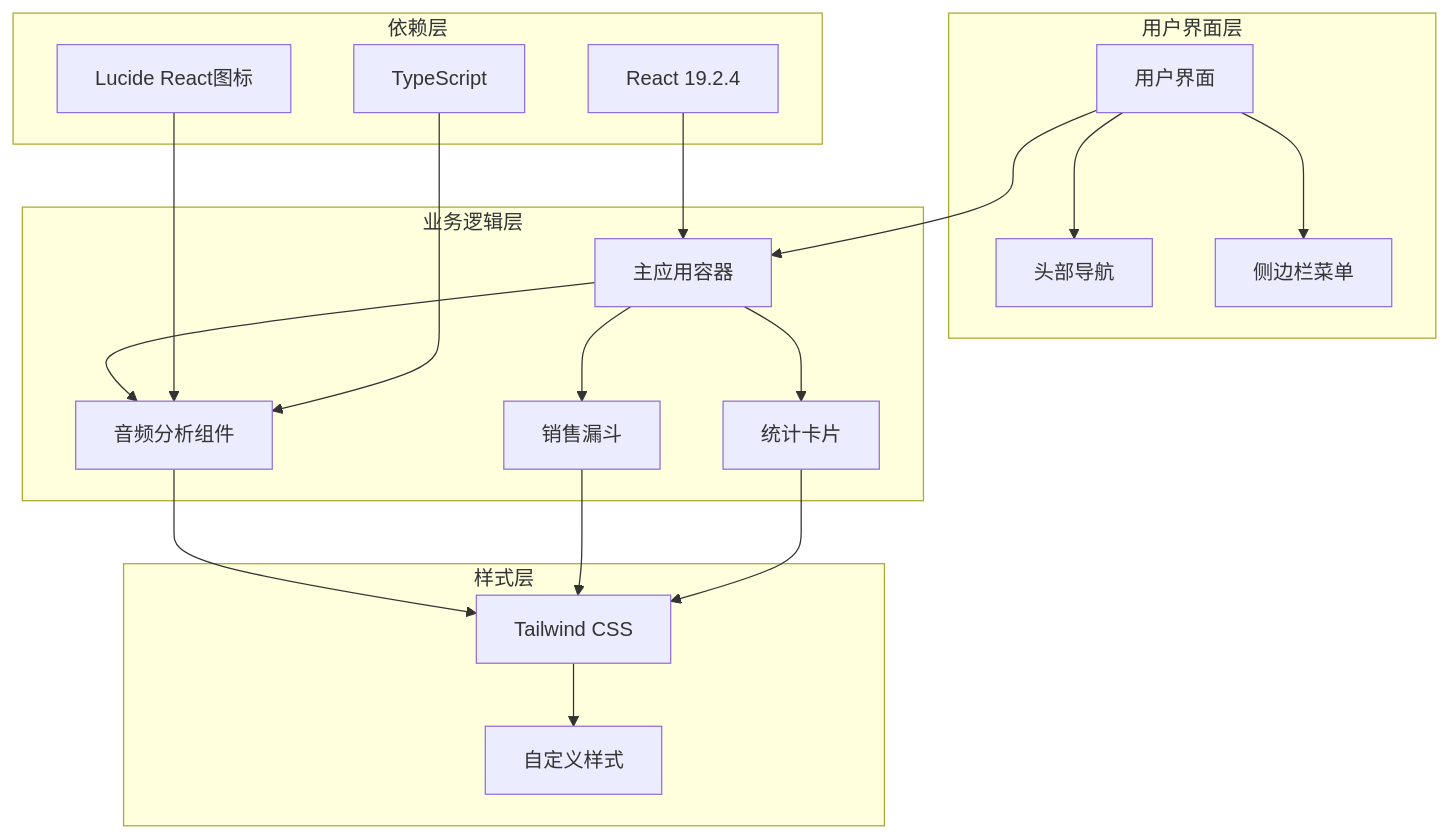
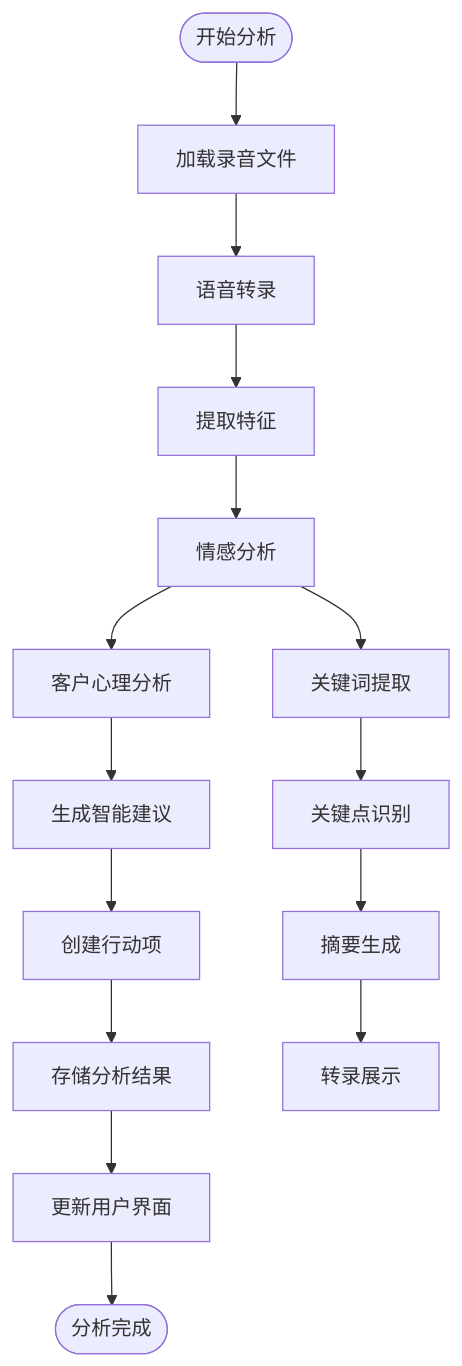
One commit to xianjianshenqu/SalesFlow-CRM changed the third of 10 diagrams in .qoder/repowiki/zh/content/核心组件/AI音频分析组件 (AIAudioAnalysis).md. Above: the diagram before and after it, drawn with Mermaid. The commit also changed other lines of this file and 36 other files, not shown here.

````diff
--- a/.qoder/repowiki/zh/content/核心组件/AI音频分析组件 (AIAudioAnalysis).md
+++ b/.qoder/repowiki/zh/content/核心组件/AI音频分析组件 (AIAudioAnalysis).md
@@ -122,36 +183,17 @@
 ```mermaid
-graph TD
-subgraph "用户界面层"
-UI[用户界面]
-Header[头部导航]
-Sidebar[侧边栏菜单]
-end
-subgraph "业务逻辑层"
-App[主应用容器]
-AIAudio[音频分析组件]
-SalesFunnel[销售漏斗]
-StatsCards[统计卡片]
-end
-subgraph "样式层"
-Tailwind[Tailwind CSS]
-CustomCSS[自定义样式]
-end
-subgraph "依赖层"
-React[React 19.2.4]
-Lucide[Lucide React图标]
-Typescript[TypeScript]
-end
-UI --> Header
-UI --> Sidebar
-UI --> App
-App --> AIAudio
-App --> SalesFunnel
-App --> StatsCards
-AIAudio --> Tailwind
-SalesFunnel --> Tailwind
-StatsCards --> Tailwind
-Tailwind --> CustomCSS
-React --> App
-Lucide --> AIAudio
-Typescript --> AIAudio
+flowchart TD
+Start([开始分析]) --> LoadRecording[加载录音文件]
+LoadRecording --> Transcribe[语音转录]
+Transcribe --> ExtractFeatures[提取特征]
+ExtractFeatures --> SentimentAnalysis[情感分析]
+SentimentAnalysis --> CustomerPsychology[客户心理分析]
+CustomerPsychology --> GenerateSuggestions[生成智能建议]
+GenerateSuggestions --> CreateActionItems[创建行动项]
+CreateActionItems --> StoreResults[存储分析结果]
+StoreResults --> UpdateUI[更新用户界面]
+UpdateUI --> End([分析完成])
+SentimentAnalysis --> KeywordExtraction[关键词提取]
+KeywordExtraction --> KeyPointIdentification[关键点识别]
+KeyPointIdentification --> SummaryGeneration[摘要生成]
+SummaryGeneration --> TranscriptDisplay[转录展示]
 ```
````
